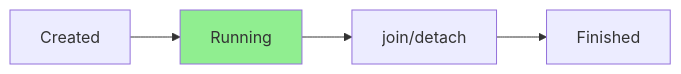
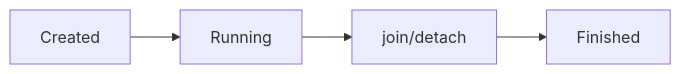
Before and after one commit to AndriiSonsiadlo/knowledge-base: the diagram in docs/programming/cpp/11-concurrency-and-memory-model/04-threads.md, drawn with Mermaid. The commit also changed 6 other files, not shown here.

Commit message:
style (C++): drop hardcoded mermaid fills in stdlib, concurrency and idioms

````diff
--- a/docs/programming/cpp/11-concurrency-and-memory-model/04-threads.md
+++ b/docs/programming/cpp/11-concurrency-and-memory-model/04-threads.md
@@ -30,8 +30,7 @@
 ```mermaid
 graph LR
     A[Created] --> B[Running]
     B --> C[join/detach]
     C --> D[Finished]
     
-    style B fill:#90EE90
 ```
````
